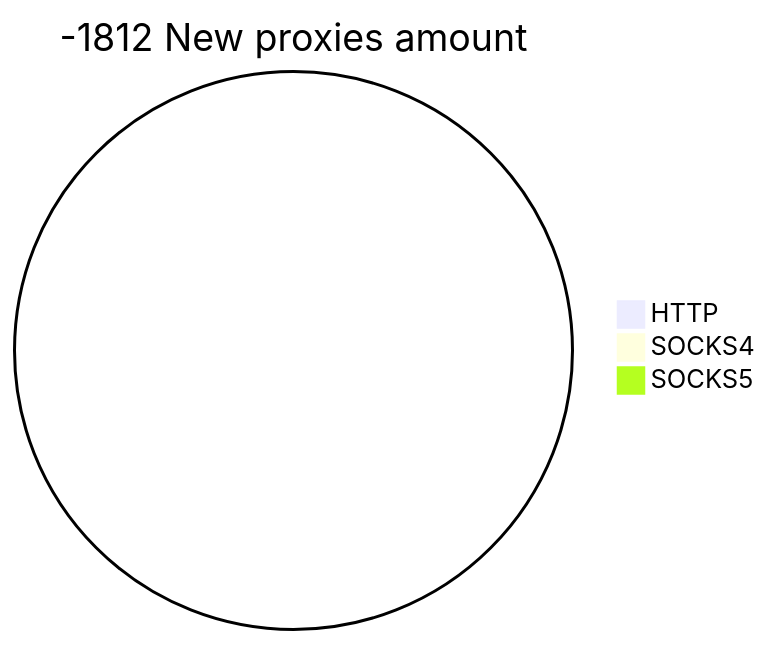
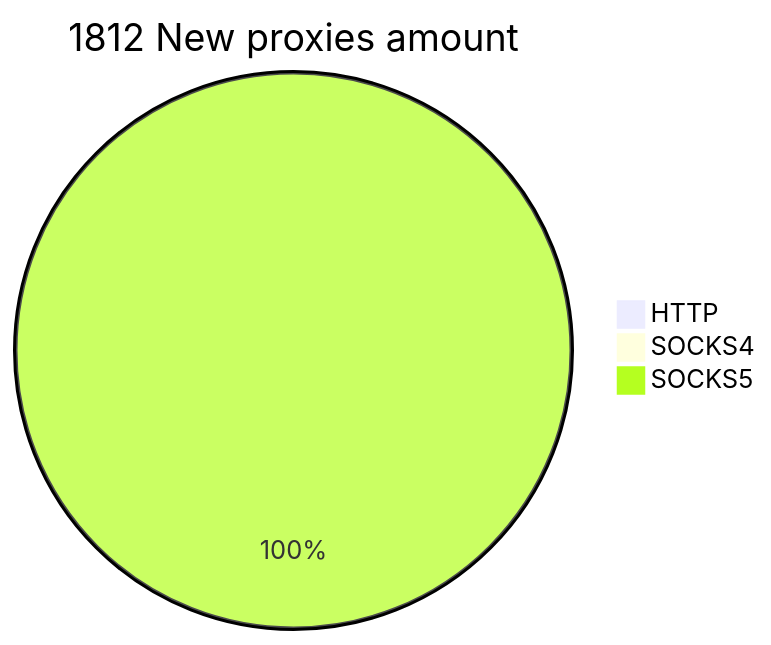
Before and after one commit to cutipu/proxylist: the second of 2 diagrams in README.md, drawn with Mermaid. The commit also changed other lines of this file, not shown here.

````diff
--- a/README.md
+++ b/README.md
@@ -10,6 +10,6 @@
 ```mermaid
-pie title -1812 New proxies amount
+pie title 1812 New proxies amount
     "HTTP" : 0
     "SOCKS4" : 0
-    "SOCKS5" : 0
+    "SOCKS5" : 1812
 ```
````
